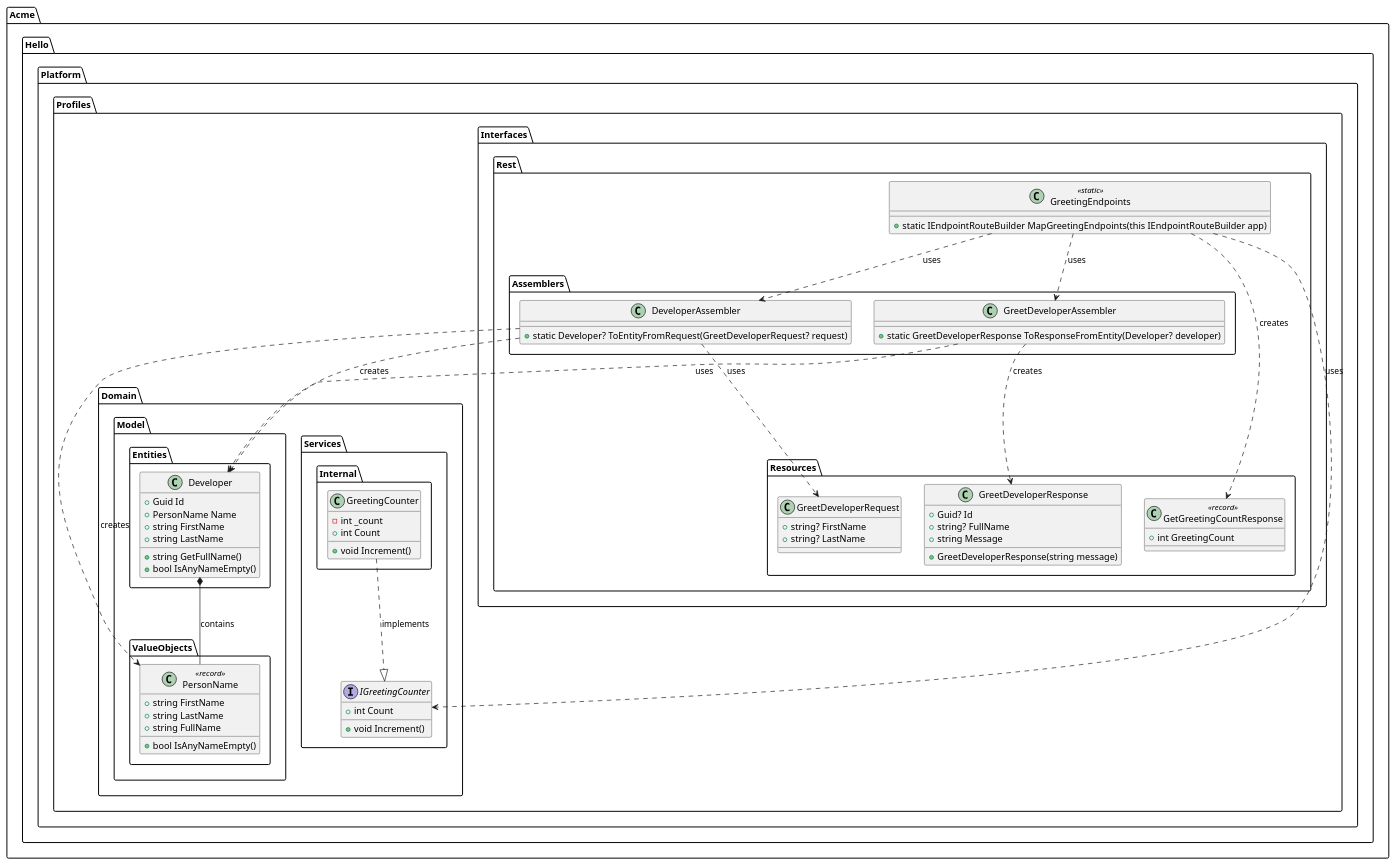
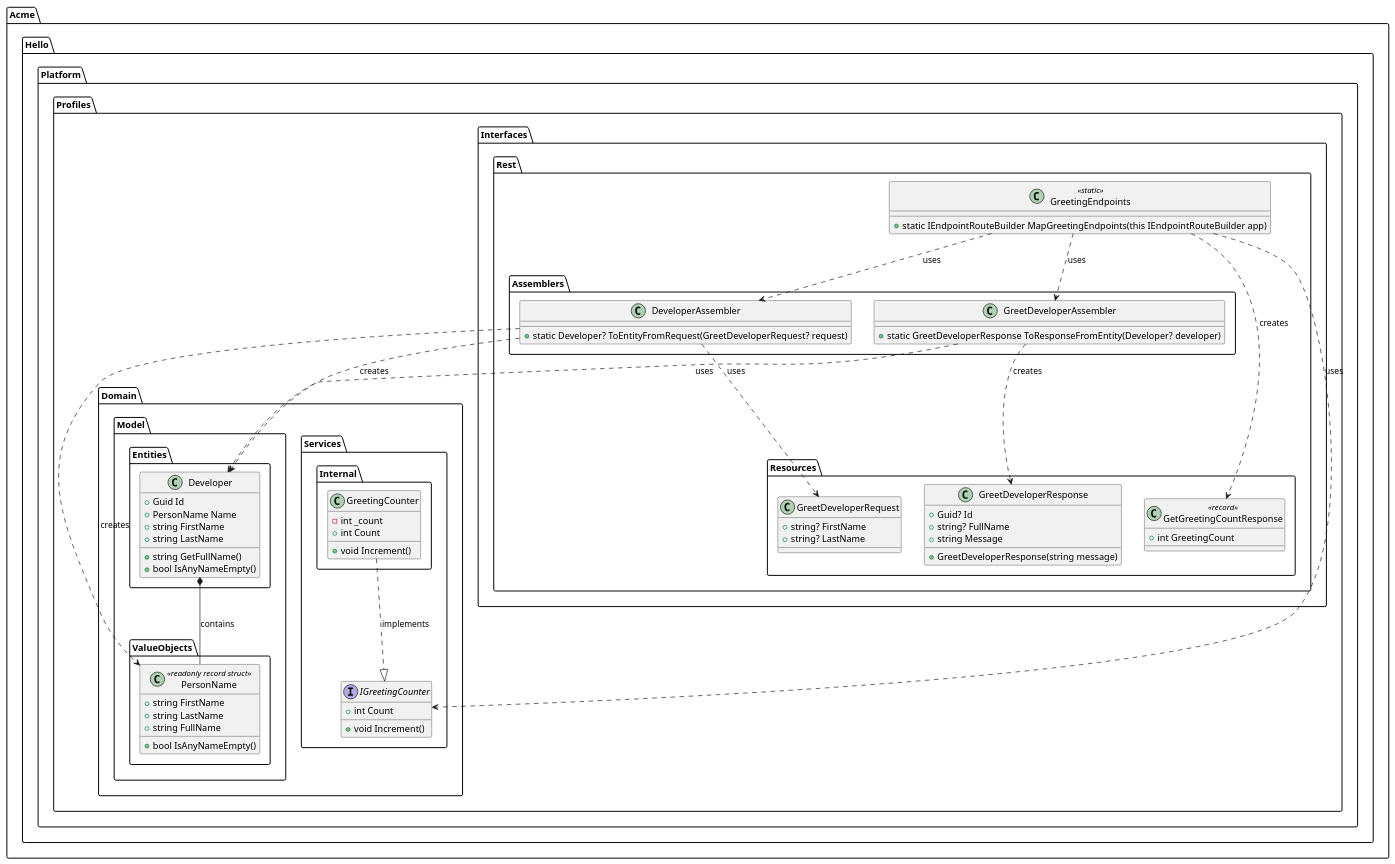
One commit to upc-pre-202620-1asi0730-8150/hello-asp-net-developer changed the diagram in docs/class-diagram.puml. Above: the diagram before and after it, drawn with PlantUML.

Commit message:
docs: update PersonName type definition in class diagram to reflect readonly and struct type

```diff
--- a/docs/class-diagram.puml
+++ b/docs/class-diagram.puml
@@ -1,83 +1,83 @@
 @startuml
 
 package "Acme.Hello.Platform.Profiles.Domain.Model.ValueObjects" {
-  class PersonName <<record>> {
+  class PersonName <<readonly record struct>> {
     +string FirstName
     +string LastName
     +string FullName
     +bool IsAnyNameEmpty()
   }
 }
 
 package "Acme.Hello.Platform.Profiles.Domain.Model.Entities" {
   class Developer {
     +Guid Id
     +PersonName Name
     +string FirstName
     +string LastName
     +string GetFullName()
     +bool IsAnyNameEmpty()
   }
 }
 
 package "Acme.Hello.Platform.Profiles.Domain.Services" {
   interface IGreetingCounter {
     +int Count
     +void Increment()
   }
 }
 
 package "Acme.Hello.Platform.Profiles.Domain.Services.Internal" {
   class GreetingCounter {
     -int _count
     +int Count
     +void Increment()
   }
 }
 
 package "Acme.Hello.Platform.Profiles.Interfaces.Rest.Assemblers" {
   class DeveloperAssembler {
     +static Developer? ToEntityFromRequest(GreetDeveloperRequest? request)
   }
   class GreetDeveloperAssembler {
     +static GreetDeveloperResponse ToResponseFromEntity(Developer? developer)
   }
 }
 
 package "Acme.Hello.Platform.Profiles.Interfaces.Rest.Resources" {
   class GreetDeveloperRequest {
     +string? FirstName
     +string? LastName
   }
   class GreetDeveloperResponse {
     +Guid? Id
     +string? FullName
     +string Message
     +GreetDeveloperResponse(string message)
   }
   class GetGreetingCountResponse <<record>> {
     +int GreetingCount
   }
 }
 
 package "Acme.Hello.Platform.Profiles.Interfaces.Rest" {
   class GreetingEndpoints <<static>> {
     +static IEndpointRouteBuilder MapGreetingEndpoints(this IEndpointRouteBuilder app)
   }
 }
 
 Developer *-- PersonName : contains
 GreetingCounter ..|> IGreetingCounter : implements
 
 DeveloperAssembler ..> Developer : creates
 DeveloperAssembler ..> GreetDeveloperRequest : uses
 DeveloperAssembler ..> PersonName : creates
 GreetDeveloperAssembler ..> Developer : uses
 GreetDeveloperAssembler ..> GreetDeveloperResponse : creates
 
 GreetingEndpoints ..> IGreetingCounter : uses
 GreetingEndpoints ..> DeveloperAssembler : uses
 GreetingEndpoints ..> GreetDeveloperAssembler : uses
 GreetingEndpoints ..> GetGreetingCountResponse : creates
 
 @enduml
```
